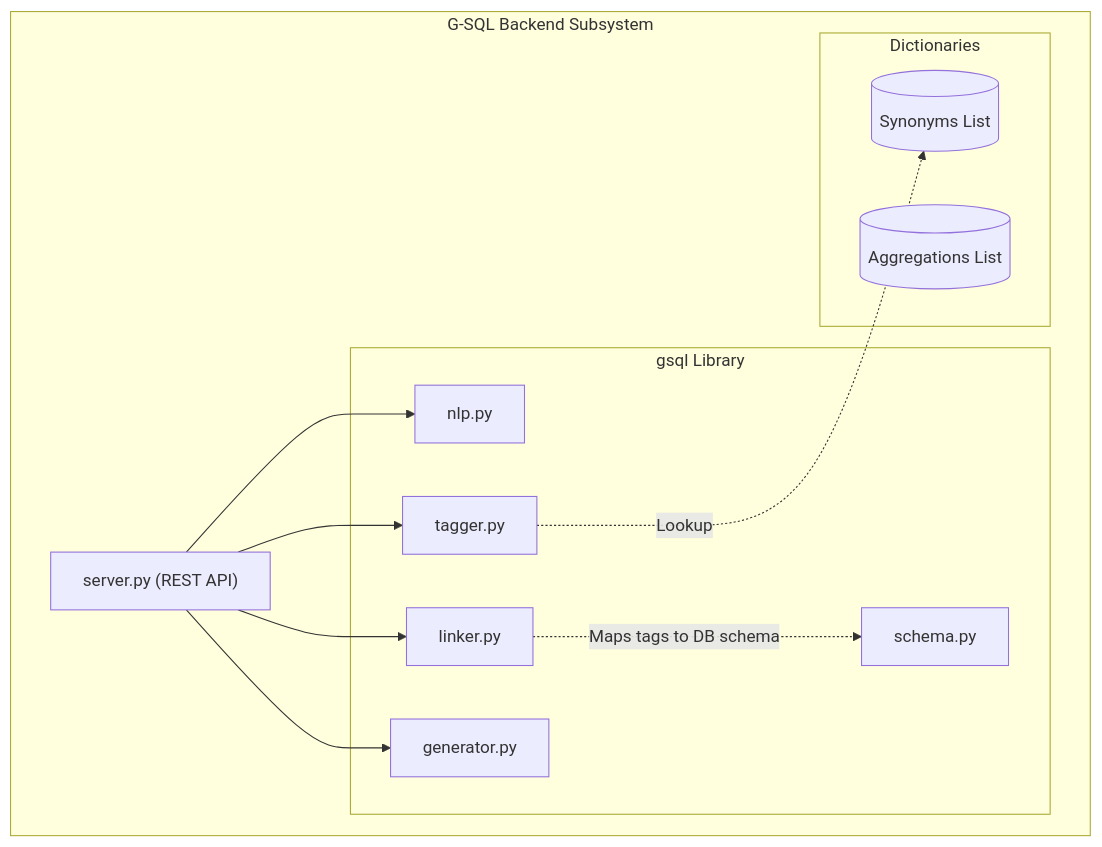
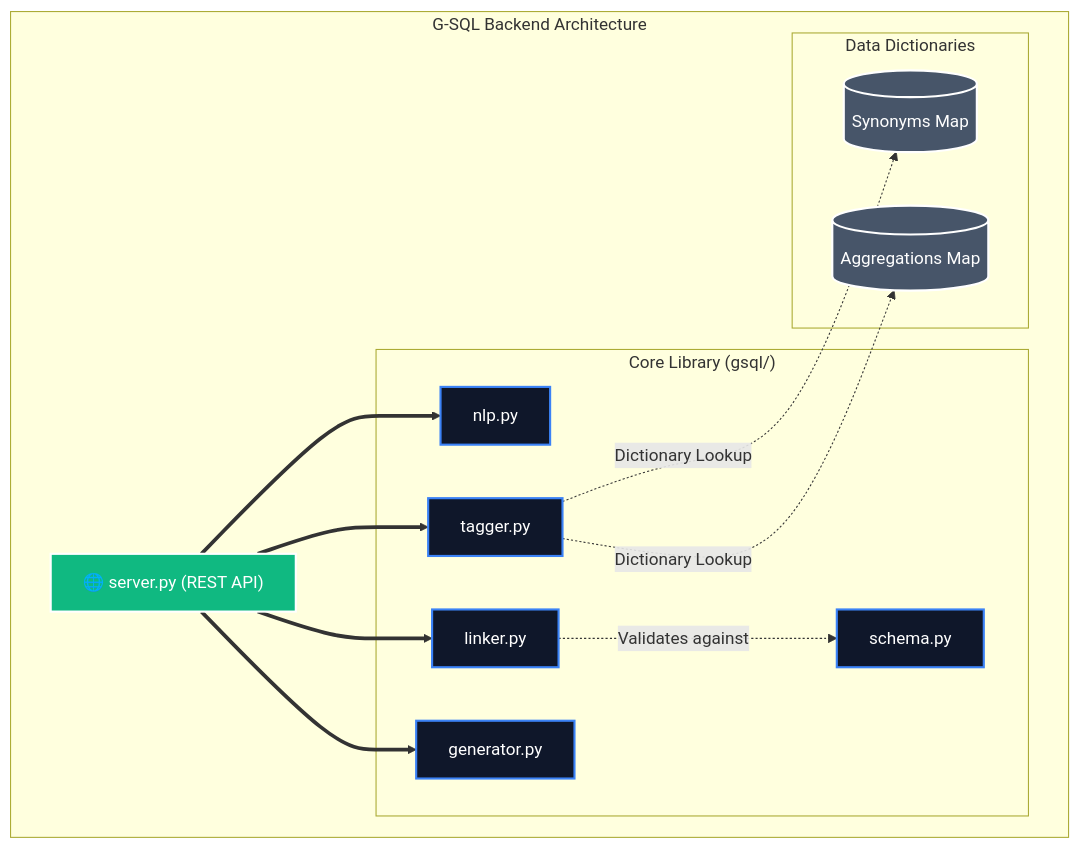
Before and after one commit to pavbhaji7/NLPTOSQL: the third of 8 diagrams in Report_Documentation/System_Architecture_Diagrams.md, drawn with Mermaid. The commit also changed other lines of this file, not shown here.

Commit message:
Diagram update

````diff
--- a/Report_Documentation/System_Architecture_Diagrams.md
+++ b/Report_Documentation/System_Architecture_Diagrams.md
@@ -71,27 +75,27 @@
 ```mermaid
-flowchart TD
-    subgraph GSQL_Backend ["G-SQL Backend Subsystem"]
-        Server["server.py (REST API)"]
+graph TD
+    classDef module fill:#0f172a,stroke:#3b82f6,stroke-width:2px,color:#fff;
+    classDef db fill:#475569,stroke:#fff,stroke-width:2px,color:#fff,shape:cylinder;
+    classDef api fill:#10b981,stroke:#fff,stroke-width:2px,color:#fff;
+
+    subgraph "G-SQL Backend Architecture"
+        Server["🌐 server.py (REST API)"]:::api
         
-        subgraph Lib ["gsql Library"]
-            NLP["nlp.py"]
-            Tagger["tagger.py"]
-            Linker["linker.py"]
-            Generator["generator.py"]
-            Schema["schema.py"]
+        subgraph "Core Library (gsql/)"
+            NLP["nlp.py"]:::module
+            Tagger["tagger.py"]:::module
+            Linker["linker.py"]:::module
+            Generator["generator.py"]:::module
+            Schema["schema.py"]:::module
         end
         
-        subgraph Dicts ["Dictionaries"]
-            SynList[("Synonyms List")]
-            AggList[("Aggregations List")]
+        subgraph "Data Dictionaries"
+            SynList[("Synonyms Map")]:::db
+            AggList[("Aggregations Map")]:::db
         end
     end
     
-    Server --> NLP
-    Server --> Tagger
-    Server --> Linker
-    Server --> Generator
-    
-    Tagger -. "Lookup" .-> SynList
-    Linker -. "Maps tags to DB schema" .-> Schema
+    Server ==> NLP & Tagger & Linker & Generator
+    Tagger -. "Dictionary Lookup" .-> SynList & AggList
+    Linker -. "Validates against" .-> Schema
 ```
````
